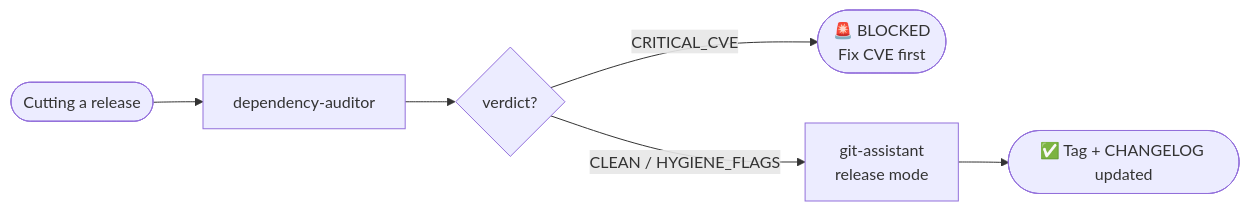
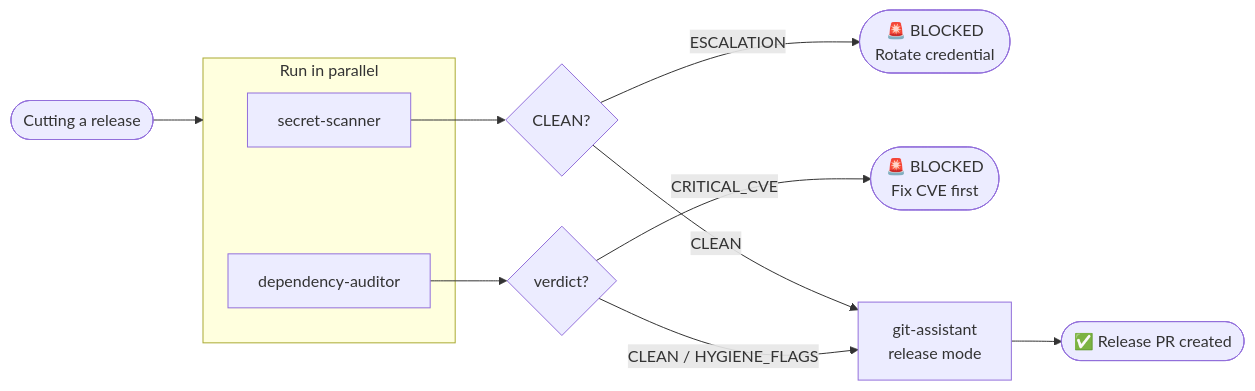
One commit to RyoKusnadi/rig-bench changed the sixth of 6 diagrams in agents/README.md. Above: the diagram before and after it, drawn with Mermaid. The commit also changed other lines of this file and 32 other files, not shown here.

````diff
--- a/agents/README.md
+++ b/agents/README.md
@@ -216,8 +221,17 @@
 ```mermaid
 flowchart LR
-    Start([Cutting a release]) --> DA[dependency-auditor]
+    Start([Cutting a release]) --> Parallel
+
+    subgraph Parallel [Run in parallel]
+        SS[secret-scanner]
+        DA[dependency-auditor]
+    end
+
+    SS --> SS_gate{CLEAN?}
+    SS_gate -- ESCALATION --> BLOCKED1([🚨 BLOCKED\nRotate credential])
     DA --> DA_gate{verdict?}
-    DA_gate -- CRITICAL_CVE --> BLOCKED([🚨 BLOCKED\nFix CVE first])
-    DA_gate -- CLEAN / HYGIENE_FLAGS --> GA[git-assistant\nrelease mode]
-    GA --> Tag([✅ Tag + CHANGELOG updated])
+    DA_gate -- CRITICAL_CVE --> BLOCKED2([🚨 BLOCKED\nFix CVE first])
+    SS_gate -- CLEAN --> GA[git-assistant\nrelease mode]
+    DA_gate -- CLEAN / HYGIENE_FLAGS --> GA
+    GA --> PR([✅ Release PR created])
 ```
````
